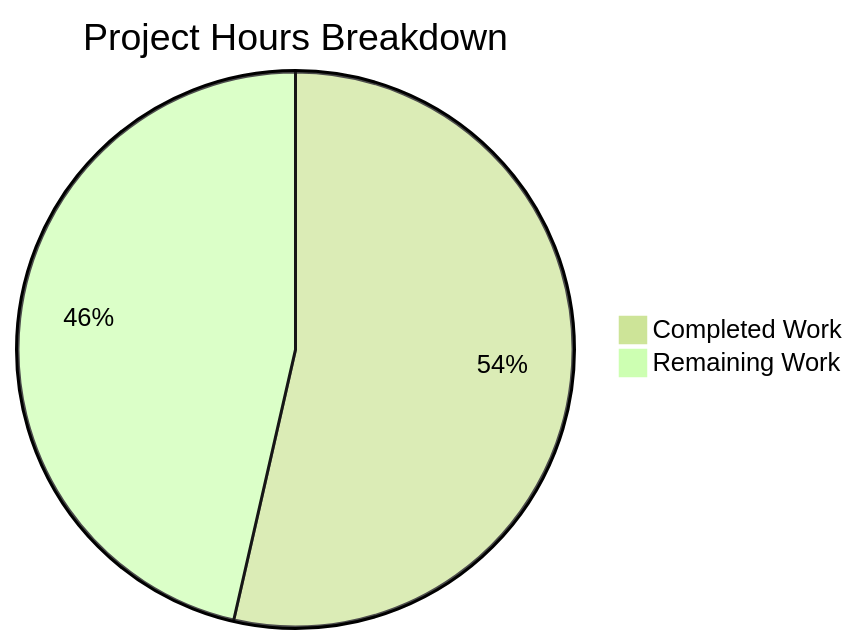
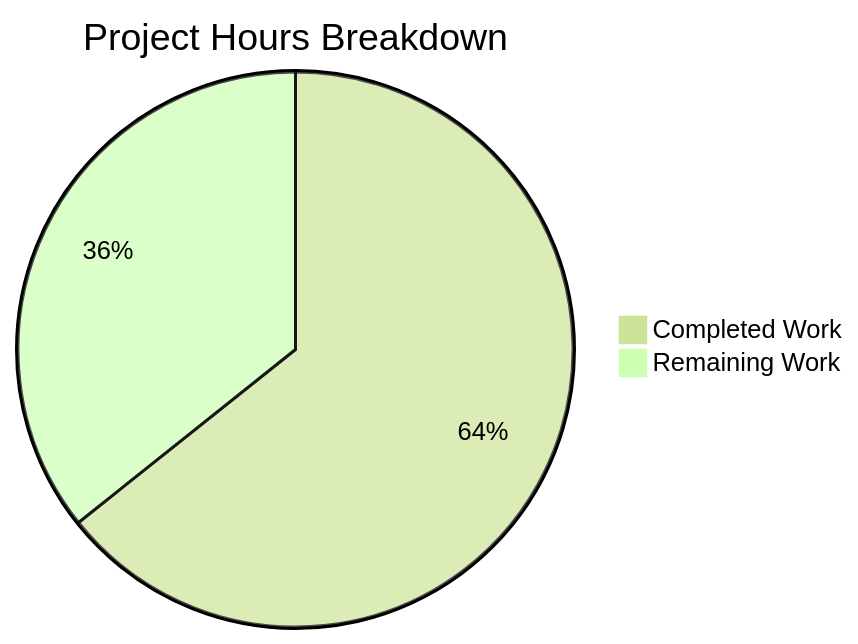
Before and after one commit to irinakwulf/GHNewRepoIW: the first of 4 diagrams in blitzy/documentation/Project Guide - 2c10a9d6-37fb-4cf2-88dc-b99d3a54c7d8.md, drawn with Mermaid (forest theme). The commit also changed other lines of this file, not shown here.

Commit message:
Adding Blitzy Project Guide: Project Status and Human Tasks Remaining

````diff
--- a/blitzy/documentation/Project Guide - 2c10a9d6-37fb-4cf2-88dc-b99d3a54c7d8.md
+++ b/blitzy/documentation/Project Guide - 2c10a9d6-37fb-4cf2-88dc-b99d3a54c7d8.md
@@ -9,5 +9,5 @@
 ```mermaid
 pie title Project Hours Breakdown
-    "Completed Work" : 30
-    "Remaining Work" : 26
+    "Completed Work" : 45
+    "Remaining Work" : 25
 ```
````
